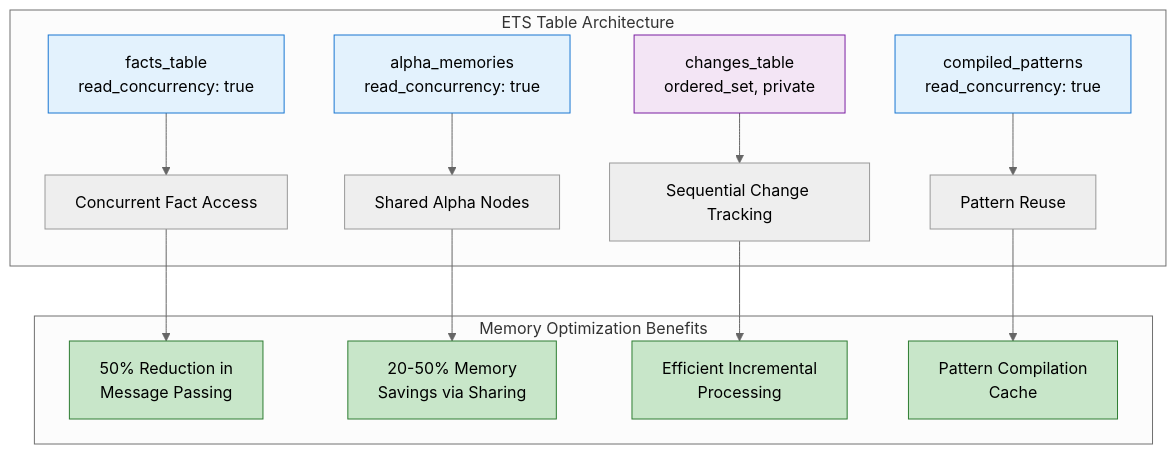
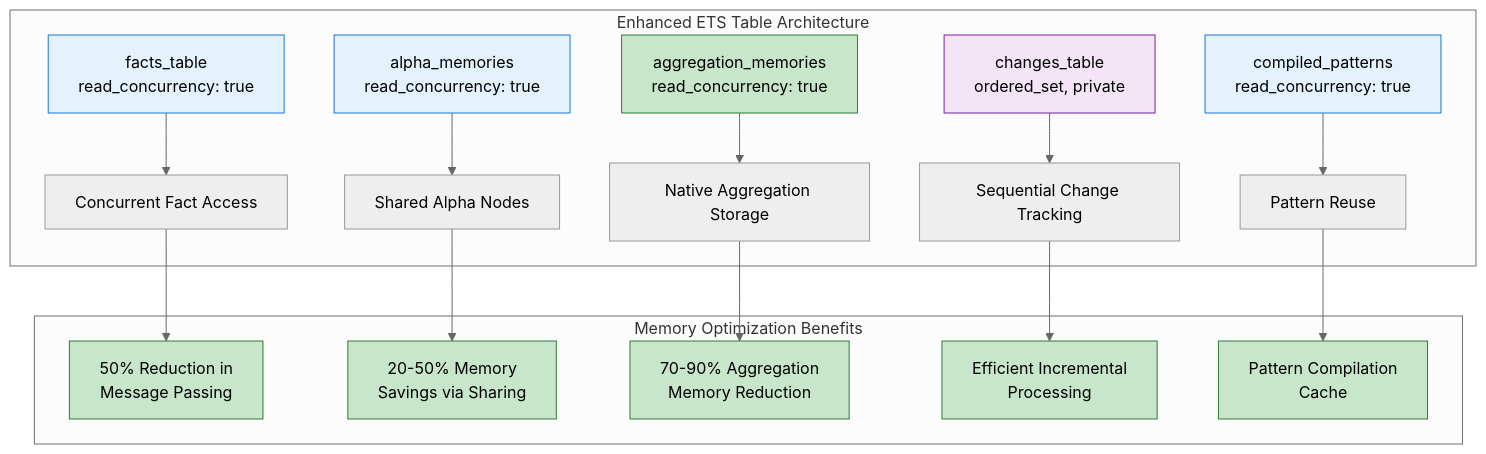
The fourth of 8 diagrams in specs/performance.md (hl/presto), drawn with Mermaid (neutral theme) before and after one commit. The commit also changed other lines of this file and 11 other files, not shown here.

````diff
--- a/specs/performance.md
+++ b/specs/performance.md
@@ -153,25 +337,29 @@
 ```mermaid
 graph TB
-    subgraph "ETS Table Architecture"
+    subgraph "Enhanced ETS Table Architecture"
         A[facts_table<br/>read_concurrency: true] --> B[Concurrent Fact Access]
         C[alpha_memories<br/>read_concurrency: true] --> D[Shared Alpha Nodes]
-        E[changes_table<br/>ordered_set, private] --> F[Sequential Change Tracking]
-        G[compiled_patterns<br/>read_concurrency: true] --> H[Pattern Reuse]
+        E[aggregation_memories<br/>read_concurrency: true] --> F[Native Aggregation Storage]
+        G[changes_table<br/>ordered_set, private] --> H[Sequential Change Tracking]
+        I[compiled_patterns<br/>read_concurrency: true] --> J[Pattern Reuse]
     end
     
     subgraph "Memory Optimization Benefits"
-        B --> I[50% Reduction in<br/>Message Passing]
-        D --> J[20-50% Memory<br/>Savings via Sharing]
-        F --> K[Efficient Incremental<br/>Processing]
-        H --> L[Pattern Compilation<br/>Cache]
+        B --> K[50% Reduction in<br/>Message Passing]
+        D --> L[20-50% Memory<br/>Savings via Sharing]
+        F --> M[70-90% Aggregation<br/>Memory Reduction]
+        H --> N[Efficient Incremental<br/>Processing]
+        J --> O[Pattern Compilation<br/>Cache]
     end
     
     style A fill:#e3f2fd,stroke:#1976d2
     style C fill:#e3f2fd,stroke:#1976d2
-    style E fill:#f3e5f5,stroke:#7b1fa2
-    style G fill:#e3f2fd,stroke:#1976d2
-    style I fill:#c8e6c9,stroke:#2e7d32
-    style J fill:#c8e6c9,stroke:#2e7d32
+    style E fill:#c8e6c9,stroke:#2e7d32
+    style G fill:#f3e5f5,stroke:#7b1fa2
+    style I fill:#e3f2fd,stroke:#1976d2
     style K fill:#c8e6c9,stroke:#2e7d32
     style L fill:#c8e6c9,stroke:#2e7d32
+    style M fill:#c8e6c9,stroke:#2e7d32
+    style N fill:#c8e6c9,stroke:#2e7d32
+    style O fill:#c8e6c9,stroke:#2e7d32
 ```
````
